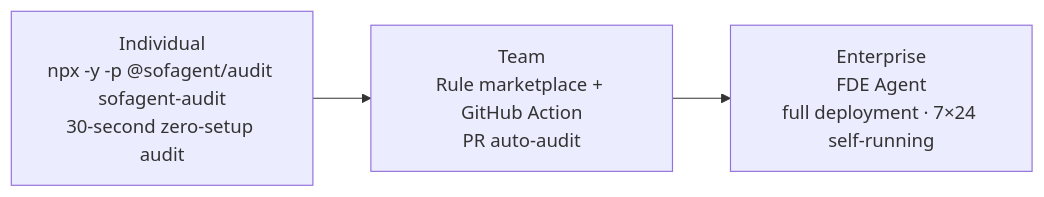
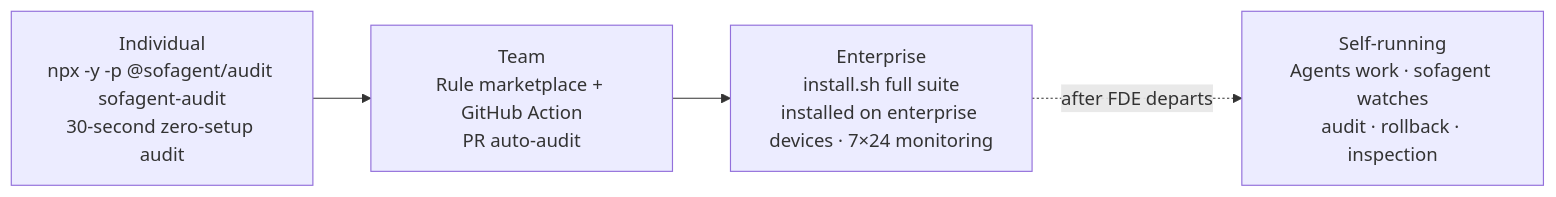
The second of 2 diagrams in README.en.md (KongFangXun/sofagent), drawn with Mermaid before and after one commit. The commit also changed other lines of this file and 1 other file, not shown here.

First line of the commit message:
docs(readme): 中英文 README 七项修复——翻译错/图文对齐/安全能力补全/导航顺序

````diff
--- a/README.en.md
+++ b/README.en.md
@@ -144,5 +144,6 @@
 ```mermaid
 graph LR
     A["Individual<br/>npx -y -p @sofagent/audit sofagent-audit<br/>30-second zero-setup audit"] --> B["Team<br/>Rule marketplace + GitHub Action<br/>PR auto-audit"]
-    B --> C["Enterprise<br/>FDE Agent<br/>full deployment · 7×24 self-running"]
+    B --> C["Enterprise<br/>install.sh full suite<br/>installed on enterprise devices · 7×24 monitoring"]
+    C -.->|after FDE departs| D["Self-running<br/>Agents work · sofagent watches<br/>audit · rollback · inspection"]
 ```
````
